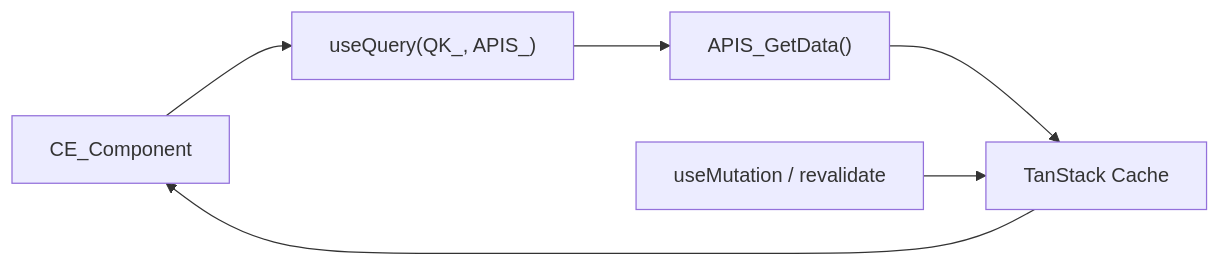
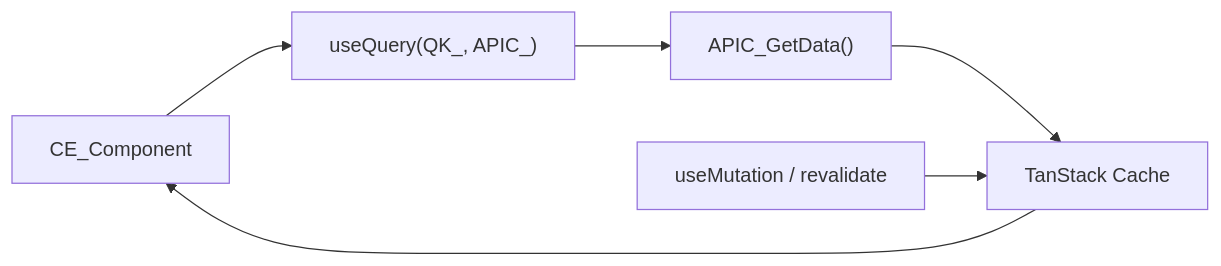
One commit to andikhadev/nextjs-clean-architecture changed the diagram in apps/docs/src/content/docs/patterns/client-fetch.md. Above: the diagram before and after it, drawn with Mermaid. The commit also changed other lines of this file and 16 other files, not shown here.

````diff
--- a/apps/docs/src/content/docs/patterns/client-fetch.md
+++ b/apps/docs/src/content/docs/patterns/client-fetch.md
@@ -14,8 +14,8 @@
 ```mermaid
 flowchart LR
-    A["CE_Component"] --> B["useQuery(QK_, APIS_)"]
-    B --> C["APIS_GetData()"]
+    A["CE_Component"] --> B["useQuery(QK_, APIC_)"]
+    B --> C["APIC_GetData()"]
     C --> D["TanStack Cache"]
     D --> A
     E["useMutation / revalidate"] --> D
 ```
````
